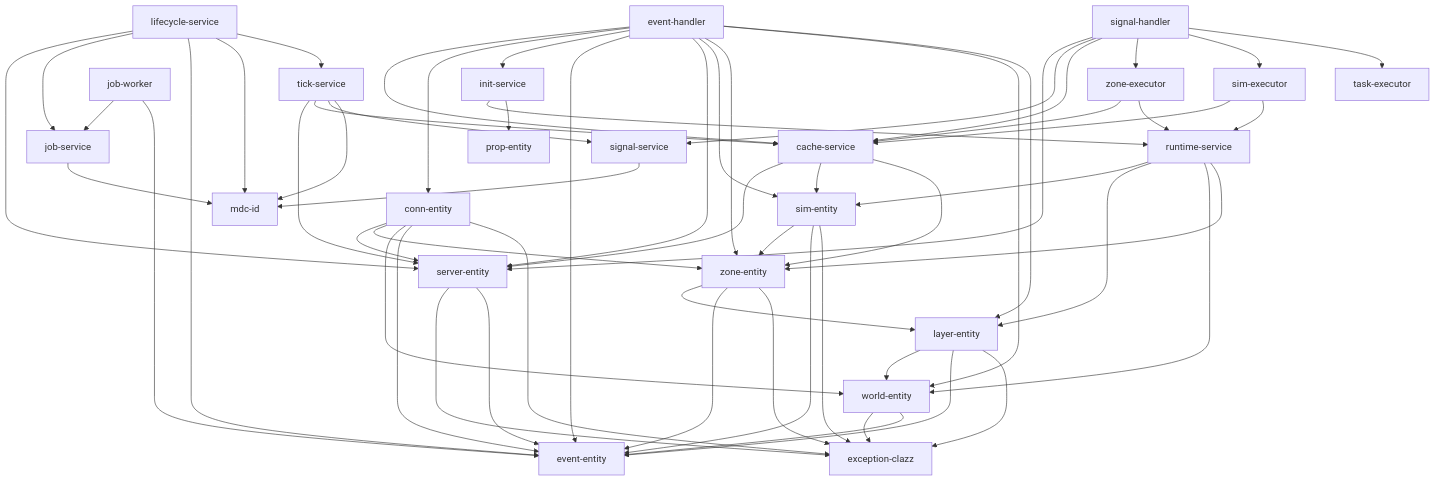
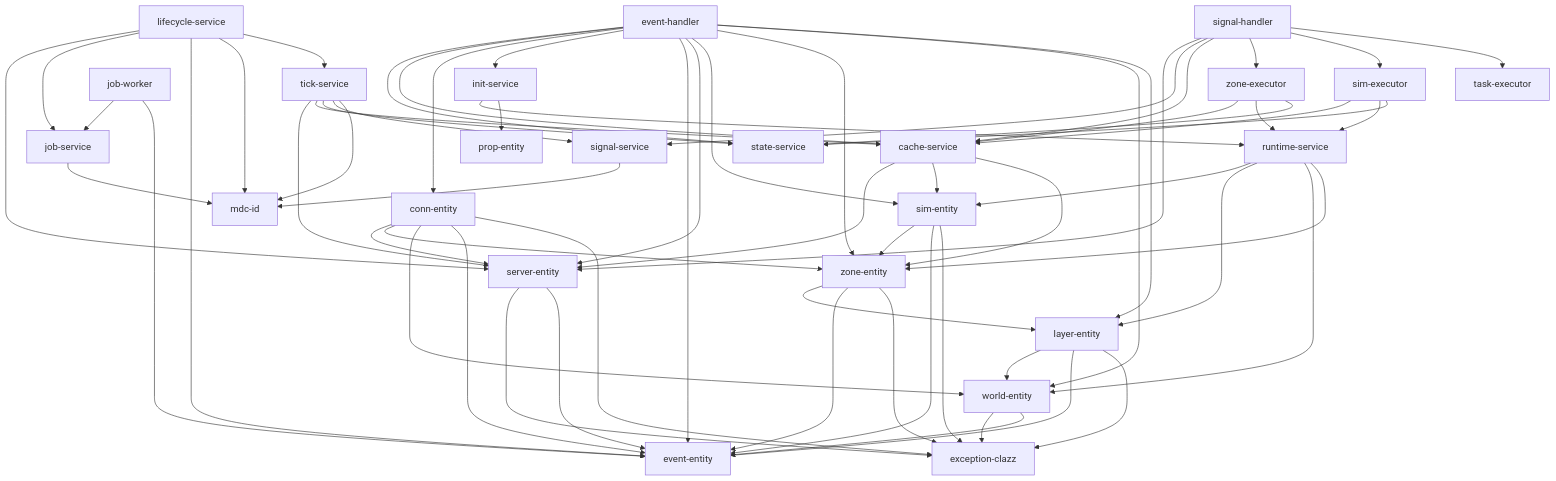
Before and after one commit to crionuke/omgcluster: the diagram in MODULES.md, drawn with Mermaid. The commit also changed 19 other files, not shown here.

````diff
--- a/MODULES.md
+++ b/MODULES.md
@@ -1,5 +1,6 @@
 ```mermaid
 graph TD
+    event-handler --> state-service
     event-handler --> cache-service
     event-handler --> conn-entity
     event-handler --> init-service
@@ -59,9 +60,11 @@
 
     sim-executor --> cache-service
     sim-executor --> runtime-service
+    sim-executor --> state-service
 
     zone-executor --> cache-service
     zone-executor --> runtime-service
+    zone-executor --> state-service
 
     signal-handler --> server-entity
     signal-handler --> signal-service
@@ -74,6 +77,7 @@
 
     tick-service --> server-entity
     tick-service --> cache-service
+    tick-service --> state-service
     tick-service --> signal-service
     tick-service --> mdc-id
 ```
````
